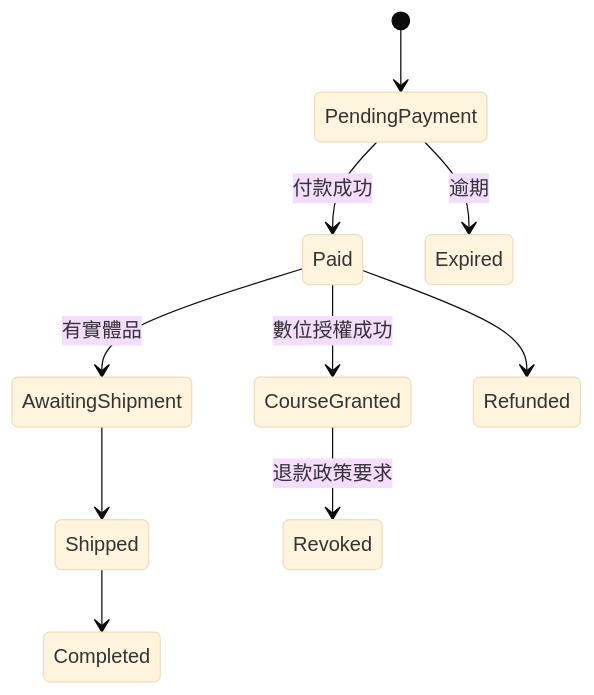
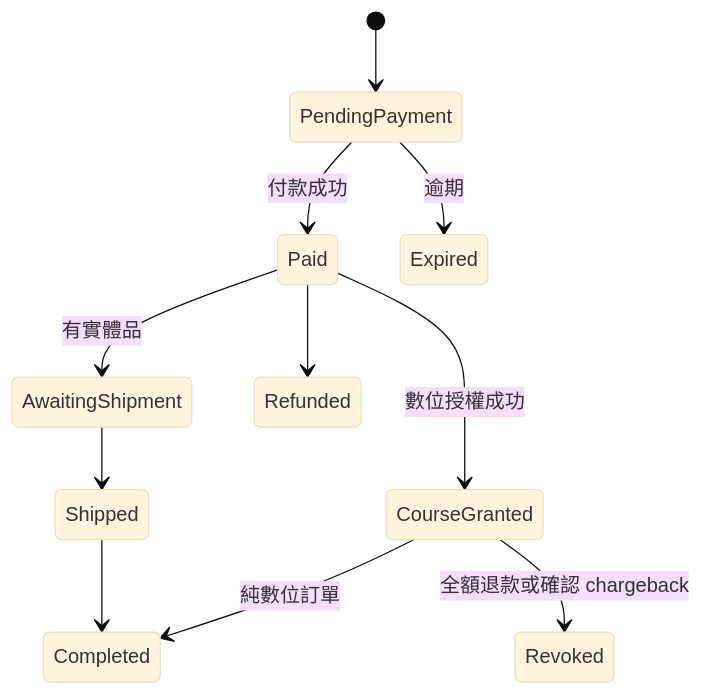
One commit to infixman/luma_studio changed the second of 3 diagrams in docs/changes/plans/20260729-course-commerce-phase7-integration-hardening-launch/design.md. Above: the diagram before and after it, drawn with Mermaid (base theme). The commit also changed other lines of this file and 12 other files, not shown here.

````diff
--- a/docs/changes/plans/20260729-course-commerce-phase7-integration-hardening-launch/design.md
+++ b/docs/changes/plans/20260729-course-commerce-phase7-integration-hardening-launch/design.md
@@ -64,12 +66,13 @@
 ```mermaid
 stateDiagram-v2
     [*] --> PendingPayment
     PendingPayment --> Paid: 付款成功
     PendingPayment --> Expired: 逾期
     Paid --> CourseGranted: 數位授權成功
+    CourseGranted --> Completed: 純數位訂單
     Paid --> AwaitingShipment: 有實體品
     AwaitingShipment --> Shipped
     Shipped --> Completed
     Paid --> Refunded
-    CourseGranted --> Revoked: 退款政策要求
+    CourseGranted --> Revoked: 全額退款或確認 chargeback
 ```
````
